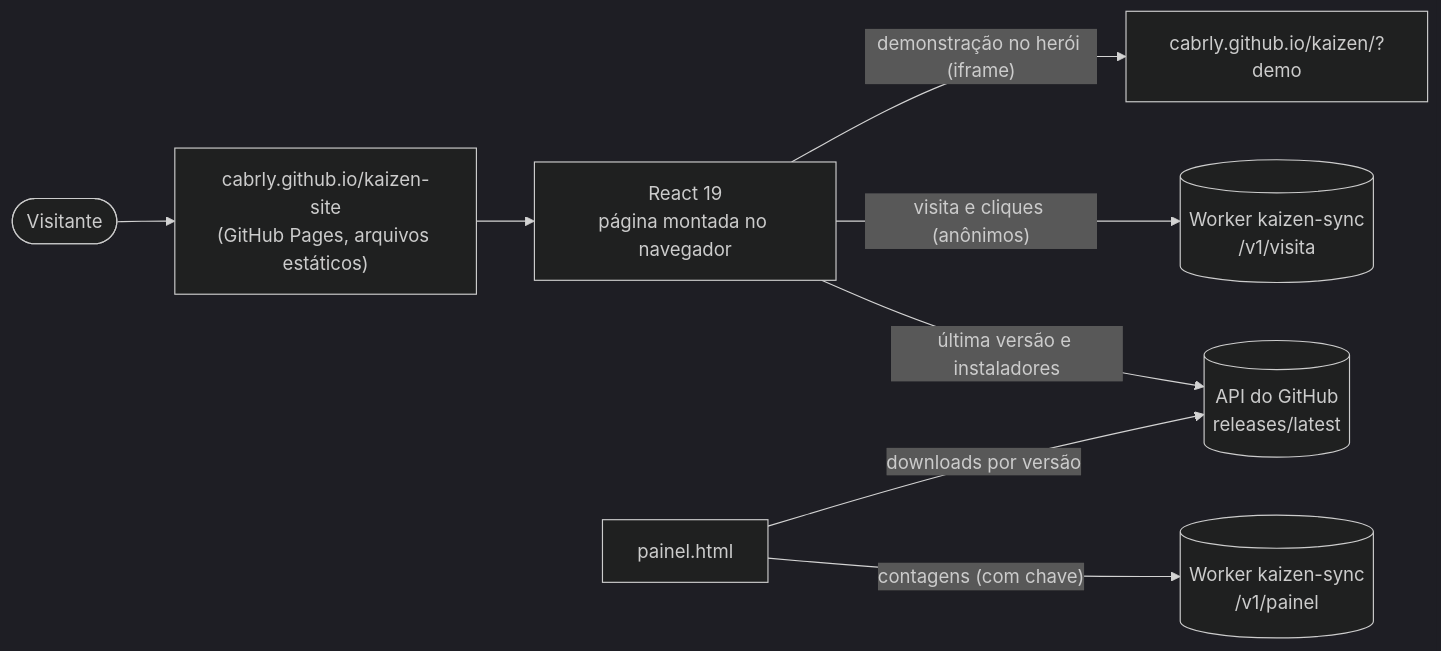
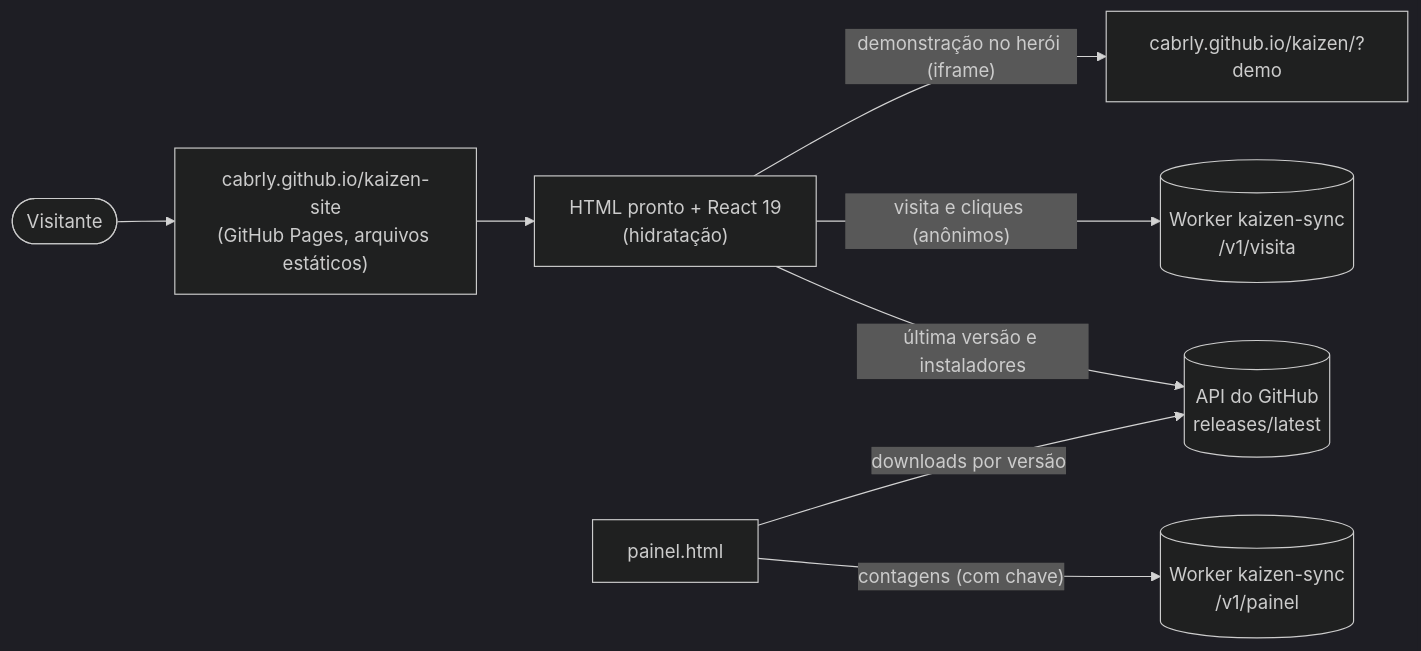
One commit to Cabrly/kaizen-site changed the first of 7 diagrams in docs/ARQUITETURA.md. Above: the diagram before and after it, drawn with Mermaid (dark theme). The commit also changed other lines of this file and 4 other files, not shown here.

````diff
--- a/docs/ARQUITETURA.md
+++ b/docs/ARQUITETURA.md
@@ -11,10 +12,10 @@
 ```mermaid
 flowchart LR
     V([Visitante]) --> P["cabrly.github.io/kaizen-site<br/>(GitHub Pages, arquivos estáticos)"]
-    P --> R["React 19<br/>página montada no navegador"]
+    P --> R["HTML pronto + React 19<br/>(hidratação)"]
     R -- "última versão e instaladores" --> GH[(API do GitHub<br/>releases/latest)]
     R -- "visita e cliques (anônimos)" --> W[(Worker kaizen-sync<br/>/v1/visita)]
     R -- "demonstração no herói (iframe)" --> APP[cabrly.github.io/kaizen/?demo]
     PN["painel.html"] -- "contagens (com chave)" --> W2[(Worker kaizen-sync<br/>/v1/painel)]
     PN -- "downloads por versão" --> GH
 ```
````
